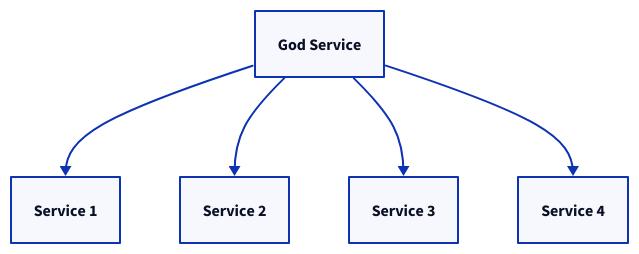
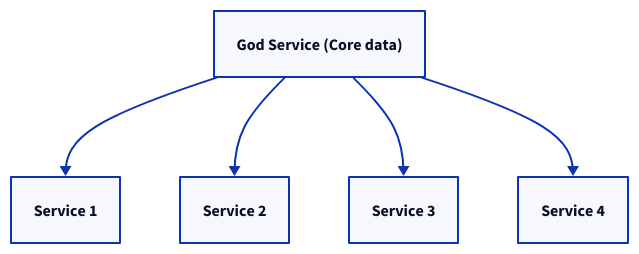
Before and after one commit to link1905/system-design-101: the fifth of 17 diagrams in content/docs/design-patterns/event-driven-architecture/event-sourcing.md, drawn with D2. The commit also changed other lines of this file and 11 other files, not shown here.

````diff
--- a/content/docs/design-patterns/event-driven-architecture/event-sourcing.md
+++ b/content/docs/design-patterns/event-driven-architecture/event-sourcing.md
@@ -135,21 +123,21 @@
 ```d2
-g: God Service {
+g: God Service (Core data) {
     class: server
 }
 s1: Service 1 {
     class: server
 }
 s2: Service 2 {
     class: server
 }
 s3: Service 3 {
     class: server
 }
 s4: Service 4 {
     class: server
 }
 s1 <- g
 s2 <- g
 s3 <- g
 s4 <- g
 ```
````
